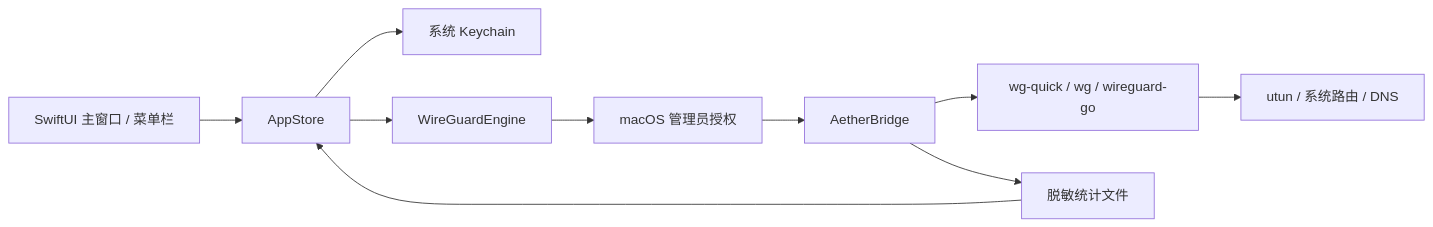
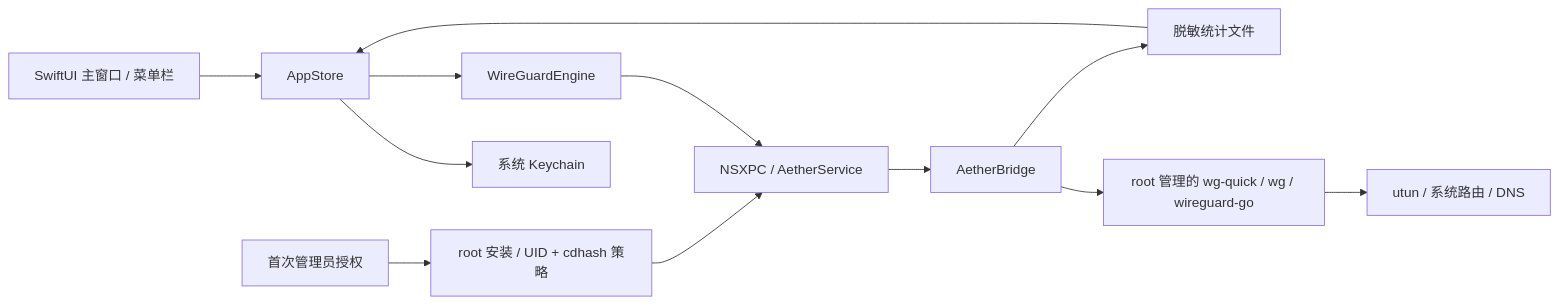
Before and after one commit to A113n1003/aether-wireguard: the diagram in README.md, drawn with Mermaid. The commit also changed other lines of this file and 19 other files, not shown here.

````diff
--- a/README.md
+++ b/README.md
@@ -125,12 +141,14 @@
 ```mermaid
 flowchart LR
     UI[SwiftUI 主窗口 / 菜单栏] --> Store[AppStore]
     Store --> Keychain[系统 Keychain]
     Store --> Engine[WireGuardEngine]
-    Engine --> Auth[macOS 管理员授权]
-    Auth --> Bridge[AetherBridge]
-    Bridge --> Tools[wg-quick / wg / wireguard-go]
+    Engine --> Service[NSXPC / AetherService]
+    Auth[首次管理员授权] --> Install[root 安装 / UID + cdhash 策略]
+    Install --> Service
+    Service --> Bridge[AetherBridge]
+    Bridge --> Tools[root 管理的 wg-quick / wg / wireguard-go]
     Tools --> Network[utun / 系统路由 / DNS]
     Bridge --> Stats[脱敏统计文件]
     Stats --> Store
 ```
````
